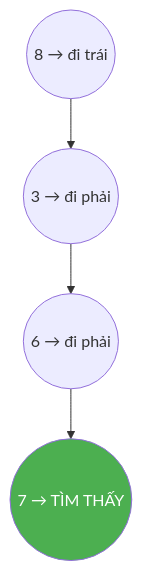
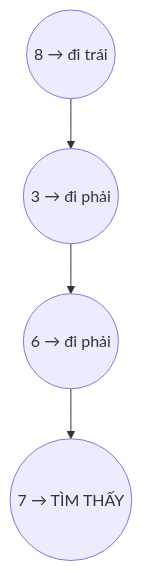
One commit to FPTOJ-OJ/fptoj_wiki changed the second of 5 diagrams in docs/lessons/bst.md. Above: the diagram before and after it, drawn with Mermaid. The commit also changed other lines of this file and 18 other files, not shown here.

First line of the commit message:
fix: LaTeX errors, mermaid theme switching, remove custom colors

````diff
--- a/docs/lessons/bst.md
+++ b/docs/lessons/bst.md
@@ -50,7 +50,6 @@
 ```mermaid
 graph TD
     A(("8 → đi trái")) --> B(("3 → đi phải"))
     B --> C(("6 → đi phải"))
     C --> D(("7 → TÌM THẤY"))
-    style D fill:#4caf50,color:#fff
 ```
````
